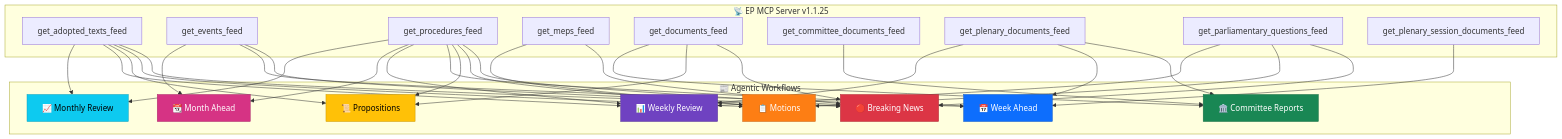
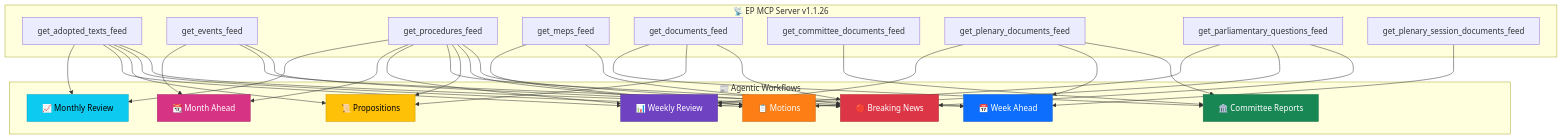
Before and after one commit to Hack23/euparliamentmonitor: the fifth of 7 diagrams in analysis/README.md, drawn with Mermaid. The commit also changed other lines of this file and 27 other files, not shown here.

````diff
--- a/analysis/README.md
+++ b/analysis/README.md
@@ -357,44 +357,44 @@
 ```mermaid
 flowchart TD
-    subgraph "📡 EP MCP Server v1.1.25"
+    subgraph "📡 EP MCP Server v1.1.26"
         F1["get_adopted_texts_feed"]
         F2["get_events_feed"]
         F3["get_procedures_feed"]
         F4["get_meps_feed"]
         F5["get_documents_feed"]
         F6["get_committee_documents_feed"]
         F7["get_plenary_documents_feed"]
         F8["get_parliamentary_questions_feed"]
         F9["get_plenary_session_documents_feed"]
     end
 
     subgraph "📰 Agentic Workflows"
         W1["🔴 Breaking News"]
         W2["📋 Motions"]
         W3["📜 Propositions"]
         W4["🏛️ Committee Reports"]
         W5["📅 Week Ahead"]
         W6["📊 Weekly Review"]
         W7["📆 Month Ahead"]
         W8["📈 Monthly Review"]
     end
 
     F1 --> W1 & W2 & W3 & W6 & W8
     F2 --> W1 & W5 & W7
     F3 --> W1 & W2 & W3 & W5 & W6 & W7 & W8
     F4 --> W1 & W2
     F5 --> W1 & W3 & W4
     F6 --> W4
     F7 --> W4 & W5 & W6
     F8 --> W1 & W2 & W6
     F9 --> W5
 
     style W1 fill:#dc3545,stroke:#b02a37,color:#fff
     style W2 fill:#fd7e14,stroke:#ca6510,color:#fff
     style W3 fill:#ffc107,stroke:#cc9a06,color:#000
     style W4 fill:#198754,stroke:#146c43,color:#fff
     style W5 fill:#0d6efd,stroke:#0a58ca,color:#fff
     style W6 fill:#6f42c1,stroke:#59359a,color:#fff
     style W7 fill:#d63384,stroke:#ab296a,color:#fff
     style W8 fill:#0dcaf0,stroke:#0aa2c0,color:#000
 ```
````
